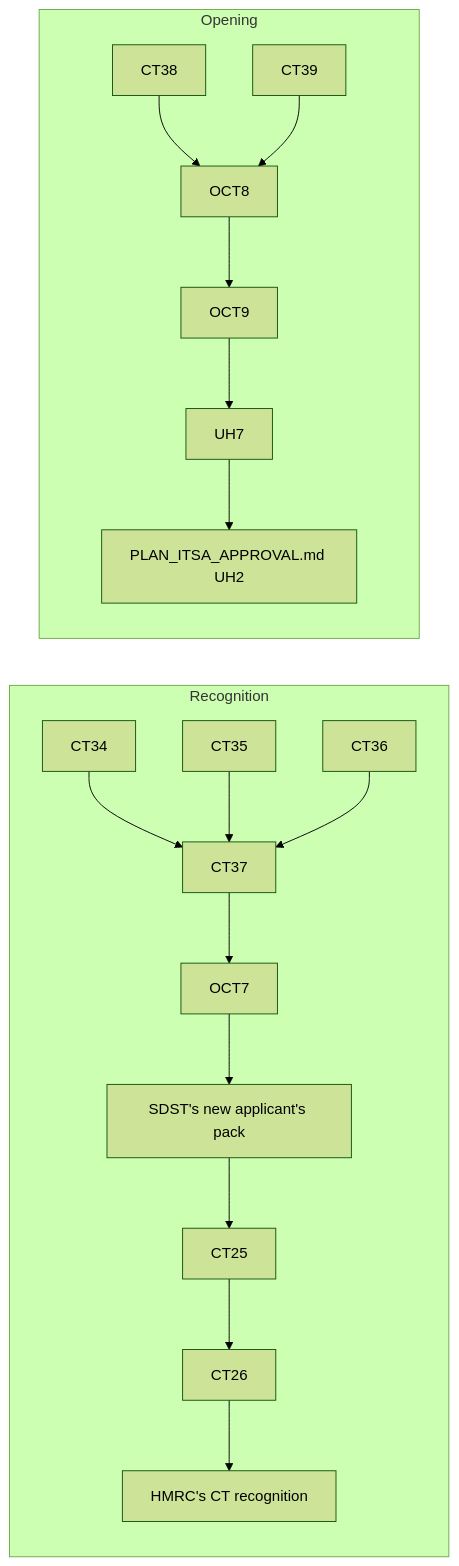
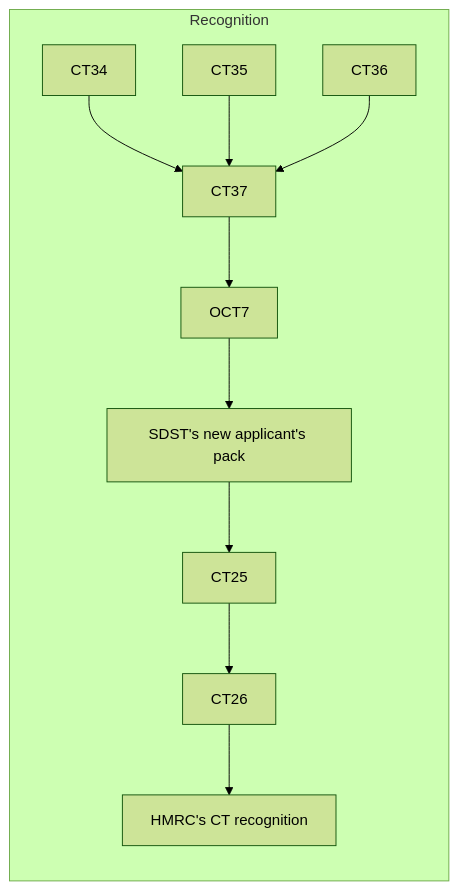
The diagram in PLAN_HMRC_CT_APPROVAL.md (diy-accounting-uk/submit.diyaccounting.co.uk), drawn with Mermaid (forest theme) before and after one commit. The commit also changed other lines of this file and 3 other files, not shown here.

First line of the commit message:
Plans: CT38, OCT8, OCT9 and UH7 leave the CT, hosted MCP and ITSA plans (the CT600 is open on prod); PLAN_WAVE_SET_COMET.md archived to the private repo

````diff
--- a/PLAN_HMRC_CT_APPROVAL.md
+++ b/PLAN_HMRC_CT_APPROVAL.md
@@ -145,20 +129,13 @@
 ```mermaid
 flowchart LR
     subgraph Recognition
     CT34 --> CT37
     CT35 --> CT37
     CT36 --> CT37
     CT37 --> OCT7
     OCT7 --> SDST["SDST's new applicant's pack"]
     SDST --> CT25
     CT25 --> CT26
     CT26 --> REC["HMRC's CT recognition"]
     end
-    subgraph Opening
-    CT38 --> OCT8
-    CT39 --> OCT8
-    OCT8 --> OCT9
-    OCT9 --> UH7
-    UH7 --> UH2["PLAN_ITSA_APPROVAL.md UH2"]
-    end
 ```
````
